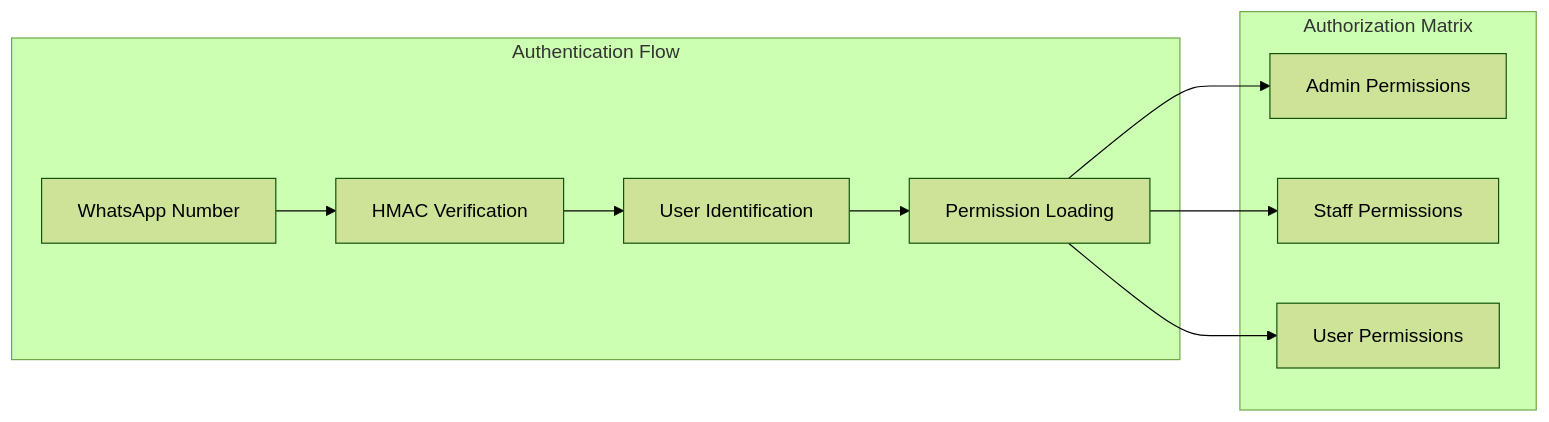
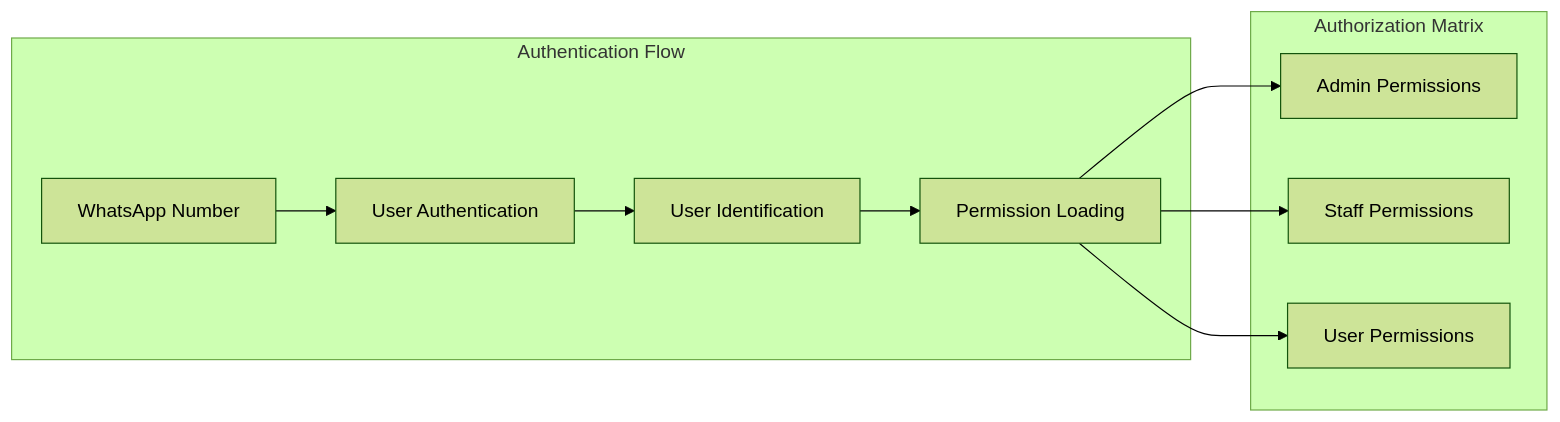
The eighth of 9 diagrams in readme.md (mcholismalik/aiva-eng-spec), drawn with Mermaid (forest theme) before and after one commit. The commit also changed other lines of this file, not shown here.

````diff
--- a/readme.md
+++ b/readme.md
@@ -530,22 +657,22 @@
 ```mermaid
 graph LR
     subgraph "Authentication Flow"
         WA[WhatsApp Number]
-        HMAC[HMAC Verification]
+        AUTH[User Authentication]
         UID[User Identification]
         PERM[Permission Loading]
     end
     
     subgraph "Authorization Matrix"
         ADM[Admin Permissions]
         STF[Staff Permissions]
         USR[User Permissions]
     end
     
-    WA --> HMAC
-    HMAC --> UID
+    WA --> AUTH
+    AUTH --> UID
     UID --> PERM
     PERM --> ADM
     PERM --> STF
     PERM --> USR
 ```
````
